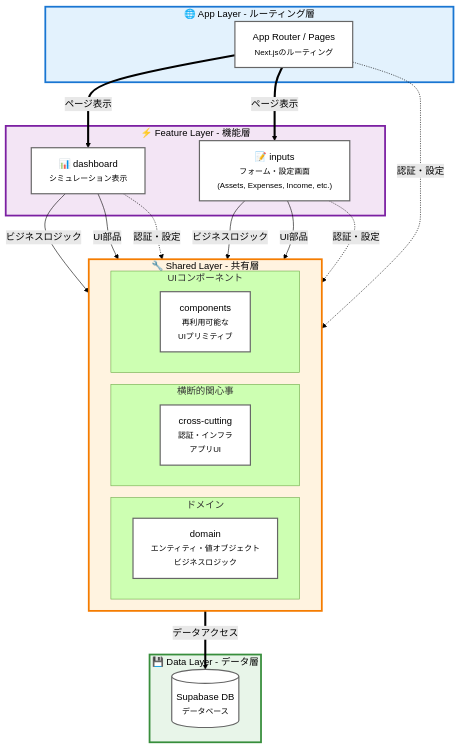
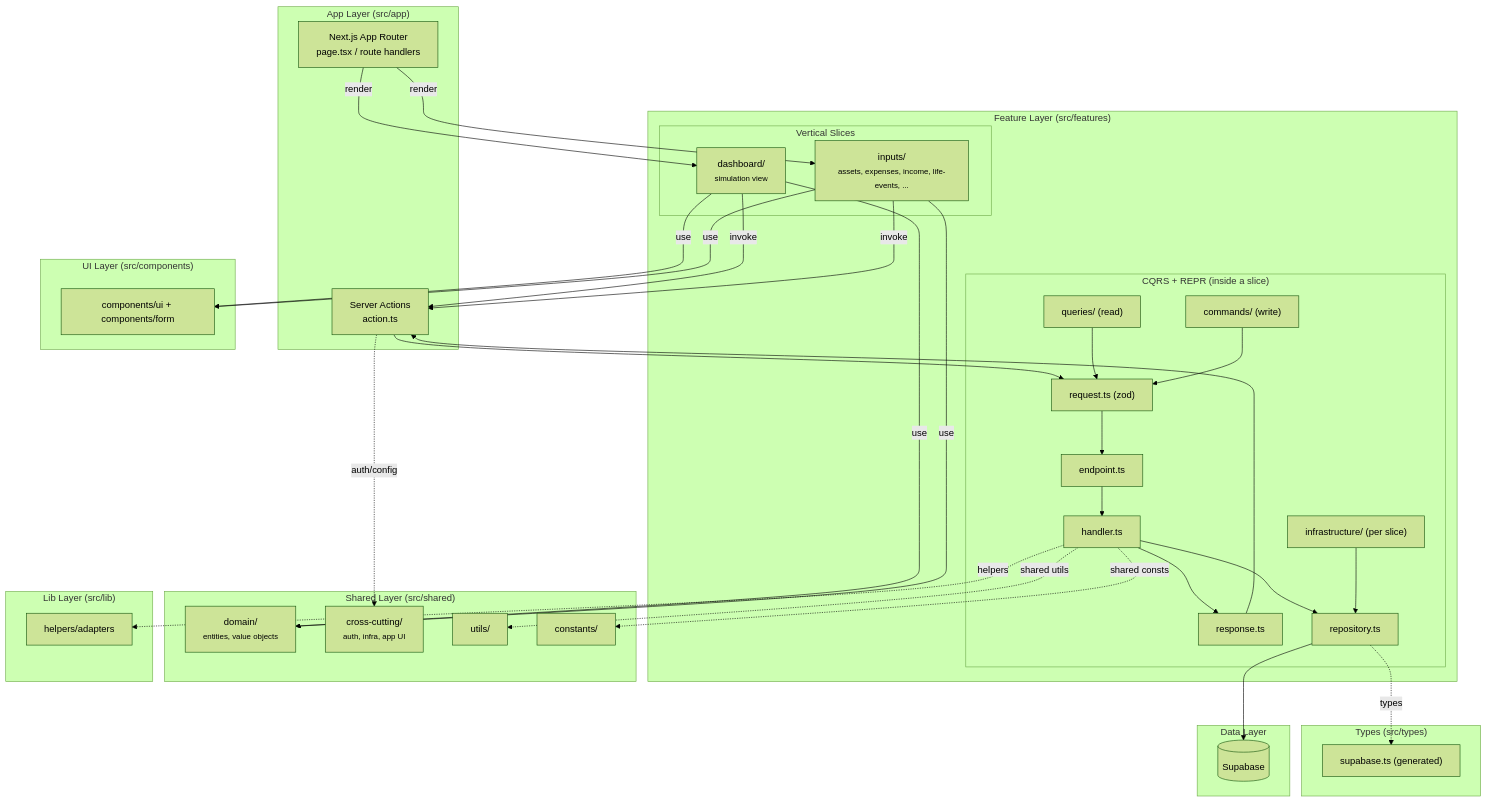
One commit to nob-ogura/life-plan-simulator changed the first of 4 diagrams in docs/Diagrams.md. Above: the diagram before and after it, drawn with Mermaid (forest theme). The commit also changed other lines of this file and 22 other files, not shown here.

Commit message:
ドキュメントの構成を見直し、REPR（Request-Endpoint-Response）レイアウトに基づくエンドポイントスライスの説明を修正。新たにオンボーディングガイドを追加し、プロジェクトの概要や技術スタックを明示。

````diff
--- a/docs/Diagrams.md
+++ b/docs/Diagrams.md
@@ -7,62 +5,67 @@
 ```mermaid
 graph TB
-    subgraph AppLayer ["🌐 App Layer - ルーティング層"]
-        AppRouter["App Router / Pages<br/><small>Next.jsのルーティング</small>"]
+    subgraph AppLayer["App Layer (src/app)"]
+        AppRouter["Next.js App Router<br/>page.tsx / route handlers"]
+        ServerAction["Server Actions<br/>action.ts"]
     end
 
-    subgraph FeatureLayer ["⚡ Feature Layer - 機能層"]
-        Dashboard["📊 dashboard<br/><small>シミュレーション表示</small>"]
-        Inputs["📝 inputs<br/><small>フォーム・設定画面<br/>(Assets, Expenses, Income, etc.)</small>"]
-    end
-
-    subgraph SharedLayer ["🔧 Shared Layer - 共有層"]
-        direction LR
-        subgraph Domain ["ドメイン"]
-            SharedDomain["domain<br/><small>エンティティ・値オブジェクト<br/>ビジネスロジック</small>"]
+    subgraph FeatureLayer["Feature Layer (src/features)"]
+        subgraph Slices["Vertical Slices"]
+            Dashboard["dashboard/<br/><small>simulation view</small>"]
+            Inputs["inputs/<br/><small>assets, expenses, income, life-events, ...</small>"]
         end
-        subgraph CrossCutting ["横断的関心事"]
-            SharedCrossCutting["cross-cutting<br/><small>認証・インフラ<br/>アプリUI</small>"]
-        end
-        subgraph UI ["UIコンポーネント"]
-            UIComponents["components<br/><small>再利用可能な<br/>UIプリミティブ</small>"]
+        subgraph CQRS["CQRS + REPR (inside a slice)"]
+            Queries["queries/ (read)"]
+            Commands["commands/ (write)"]
+            Request["request.ts (zod)"]
+            Endpoint["endpoint.ts"]
+            Handler["handler.ts"]
+            Response["response.ts"]
+            Repository["repository.ts"]
+            Infrastructure["infrastructure/ (per slice)"]
         end
     end
 
-    subgraph DataLayer ["💾 Data Layer - データ層"]
-        Supabase[("Supabase DB<br/><small>データベース</small>")]
+    subgraph SharedLayer["Shared Layer (src/shared)"]
+        SharedDomain["domain/<br/><small>entities, value objects</small>"]
+        SharedCross["cross-cutting/<br/><small>auth, infra, app UI</small>"]
+        SharedUtils["utils/"]
+        SharedConstants["constants/"]
     end
 
-    %% App Layer → Feature Layer
-    AppRouter ==>|ページ表示| Dashboard
-    AppRouter ==>|ページ表示| Inputs
-    
-    %% Feature Layer → Shared Layer
-    Dashboard -->|ビジネスロジック| SharedDomain
-    Dashboard -->|UI部品| UIComponents
-    Inputs -->|ビジネスロジック| SharedDomain
-    Inputs -->|UI部品| UIComponents
+    subgraph UILayer["UI Layer (src/components)"]
+        UIComponents["components/ui + components/form"]
+    end
 
-    %% Cross-Cutting Concerns
-    AppRouter -.->|認証・設定| SharedCrossCutting
-    Dashboard -.->|認証・設定| SharedCrossCutting
-    Inputs -.->|認証・設定| SharedCrossCutting
+    subgraph LibLayer["Lib Layer (src/lib)"]
+        LibHelpers["helpers/adapters"]
+    end
 
-    %% Data Access
-    SharedCrossCutting ==>|データアクセス| Supabase
-    
-    %% Styling
-    classDef appStyle fill:#e3f2fd,stroke:#1976d2,stroke-width:3px,color:#000
-    classDef featureStyle fill:#f3e5f5,stroke:#7b1fa2,stroke-width:3px,color:#000
-    classDef sharedStyle fill:#fff3e0,stroke:#f57c00,stroke-width:3px,color:#000
-    classDef dataStyle fill:#e8f5e9,stroke:#388e3c,stroke-width:3px,color:#000
-    classDef componentStyle fill:#fff,stroke:#666,stroke-width:2px,color:#000
-    
-    class AppLayer appStyle
-    class FeatureLayer featureStyle
-    class SharedLayer sharedStyle
-    class DataLayer dataStyle
-    class AppRouter,Dashboard,Inputs,SharedDomain,SharedCrossCutting,UIComponents,Supabase componentStyle
-    
-    classDef legendStyle fill:#fafafa,stroke:#999,stroke-width:1px,color:#000
-    class Legend legendStyle
+    subgraph TypesLayer["Types (src/types)"]
+        TypesSupabase["supabase.ts (generated)"]
+    end
+
+    subgraph DataLayer["Data Layer"]
+        Supabase[("Supabase")]
+    end
+
+    AppRouter -->|render| Dashboard
+    AppRouter -->|render| Inputs
+    Dashboard -->|invoke| ServerAction
+    Inputs -->|invoke| ServerAction
+    ServerAction --> Request --> Endpoint --> Handler --> Repository --> Supabase
+    Handler --> Response --> ServerAction
+    Queries --> Request
+    Commands --> Request
+    Infrastructure --> Repository
+
+    Dashboard -->|use| UIComponents
+    Inputs -->|use| UIComponents
+    Dashboard -->|use| SharedDomain
+    Inputs -->|use| SharedDomain
+    ServerAction -.->|auth/config| SharedCross
+    Handler -.->|shared utils| SharedUtils
+    Handler -.->|shared consts| SharedConstants
+    Repository -.->|types| TypesSupabase
+    Handler -.->|helpers| LibHelpers
 ```
````
